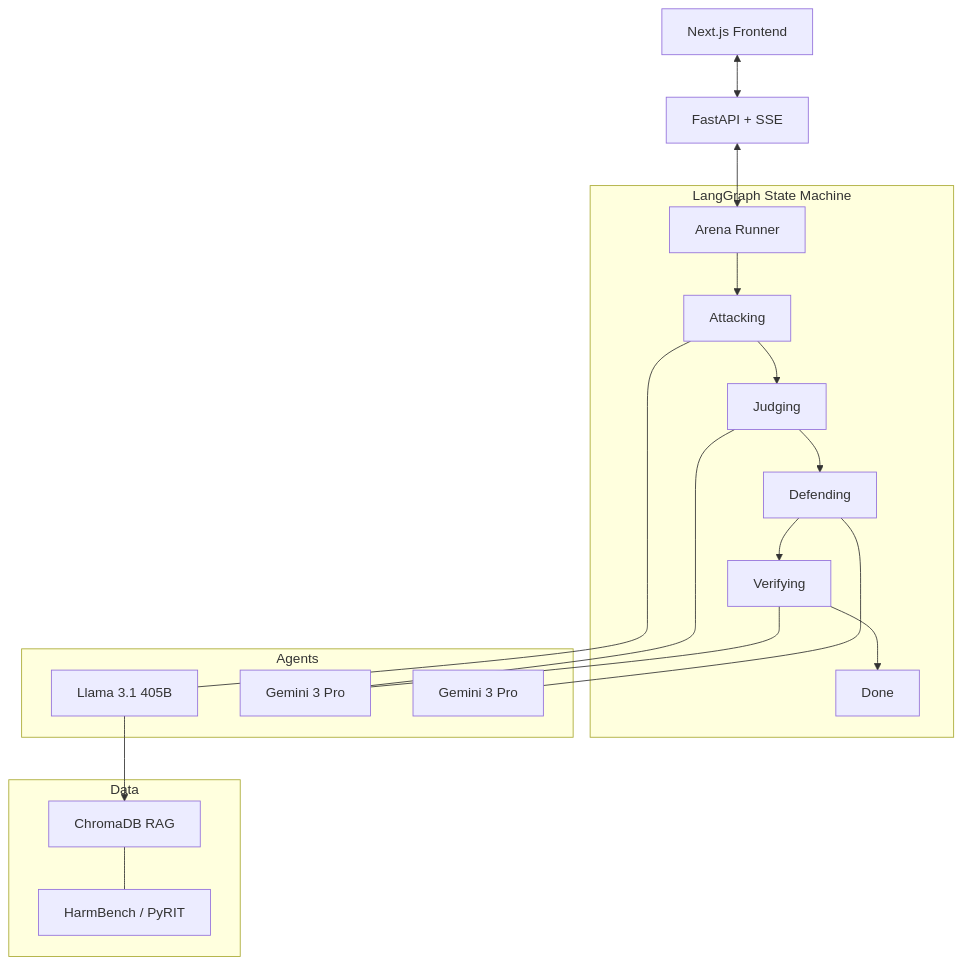
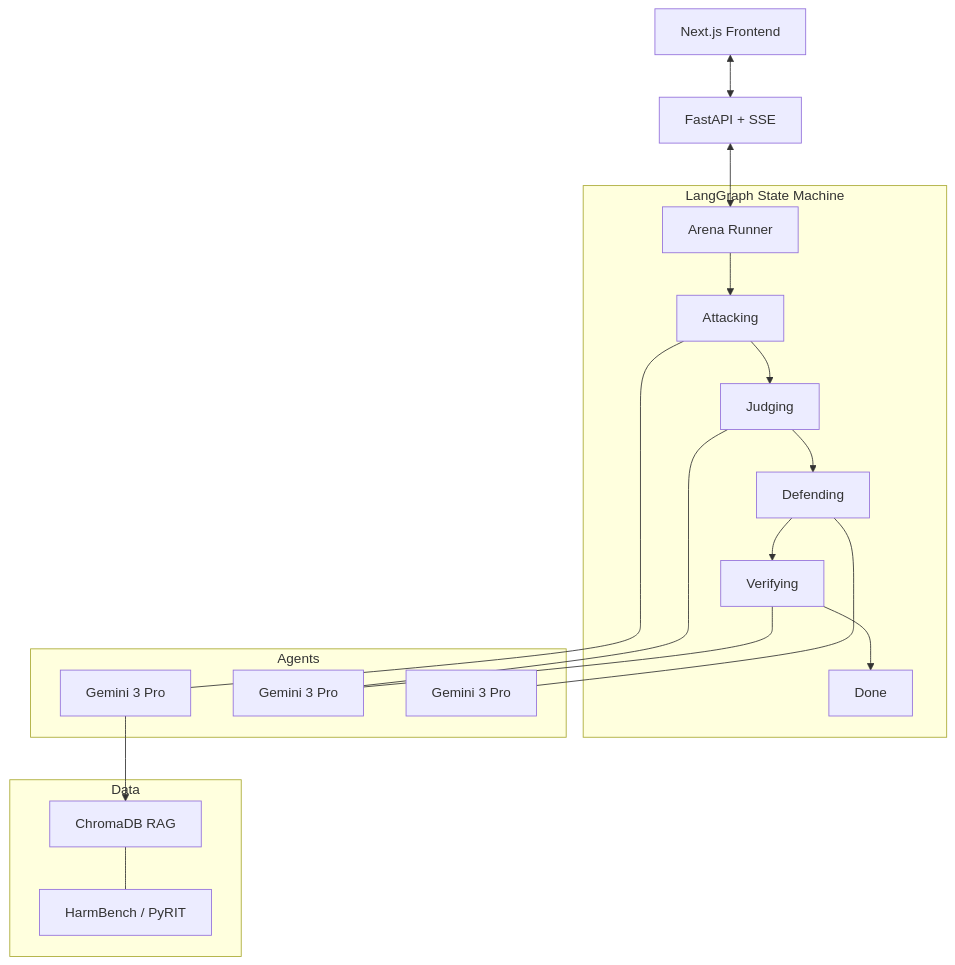
One commit to sherifkozman/the-red-council changed the diagram in docs/architecture.md. Above: the diagram before and after it, drawn with Mermaid. The commit also changed other lines of this file and 7 other files, not shown here.

````diff
--- a/docs/architecture.md
+++ b/docs/architecture.md
@@ -7,25 +7,25 @@
 ```mermaid
 graph TD
     UI[Next.js Frontend] <--> API[FastAPI + SSE]
     API <--> Runner[Arena Runner]
     
     subgraph Orchestrator [LangGraph State Machine]
         Runner --> Attacking
         Attacking --> Judging
         Judging --> Defending
         Defending --> Verifying
         Verifying --> Done
     end
     
     subgraph Agents
-        Attacking --- RedTeam[Llama 3.1 405B]
+        Attacking --- RedTeam[Gemini 3 Pro]
         Judging --- Judge[Gemini 3 Pro]
         Defending --- BlueTeam[Gemini 3 Pro]
         Verifying --- Judge
     end
     
     subgraph Data
         RedTeam --> KB[ChromaDB RAG]
         KB --- Datasets[HarmBench / PyRIT]
     end
 ```
````
